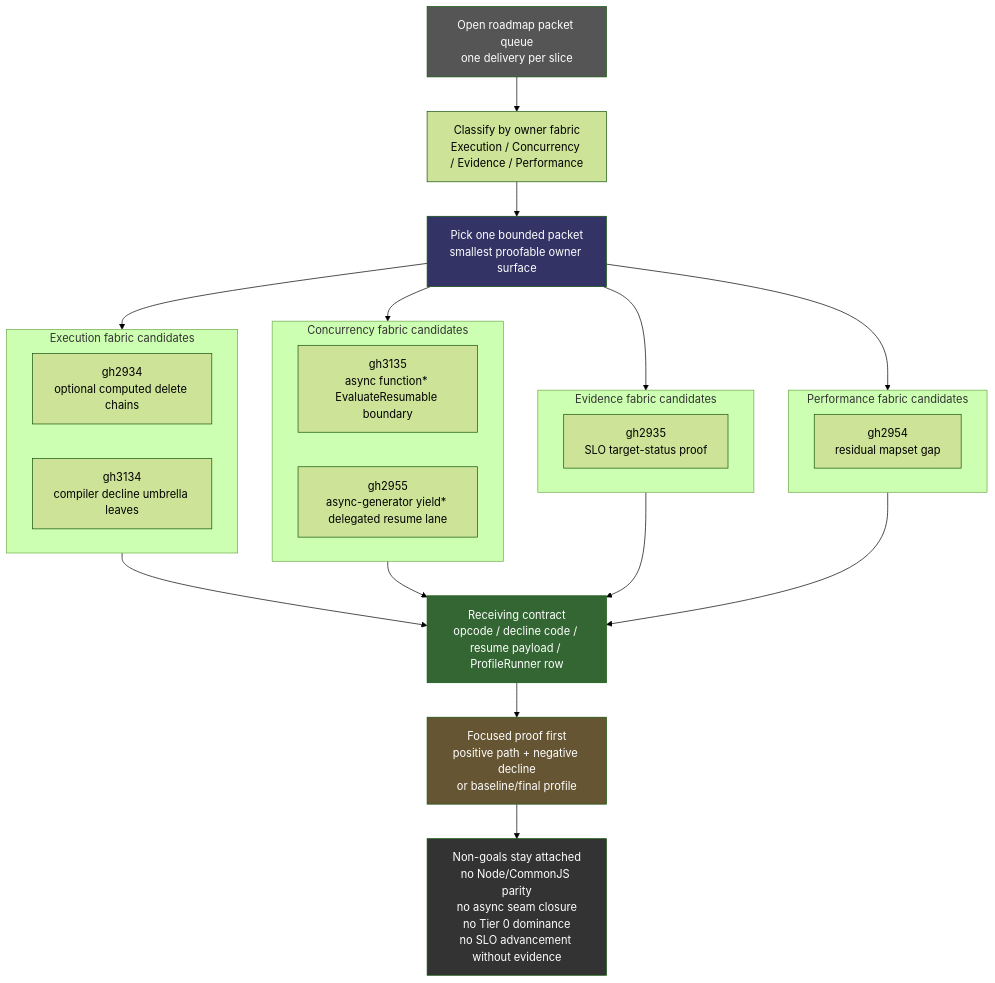
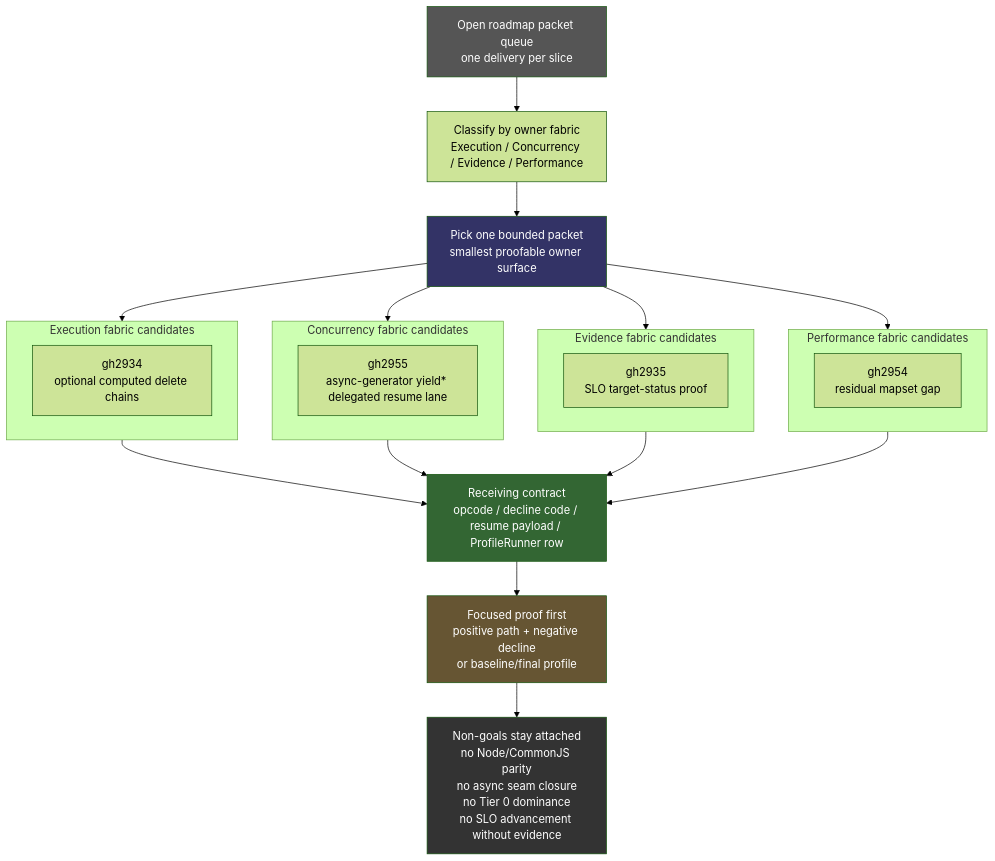
Before and after one commit to asynkron/Asynkron.JsEngine: diagram 35 of 37 in docs/dreaming.md, drawn with Mermaid (forest theme). The commit also changed other lines of this file, not shown here.

````diff
--- a/docs/dreaming.md
+++ b/docs/dreaming.md
@@ -1343,45 +1343,43 @@
 ```mermaid
 flowchart TD
     QUEUE["Open roadmap packet queue\none delivery per slice"]
     CLASSIFY["Classify by owner fabric\nExecution / Concurrency / Evidence / Performance"]
     PICK["Pick one bounded packet\nsmallest proofable owner surface"]
 
     subgraph Execution["Execution fabric candidates"]
         G2934["gh2934\noptional computed delete chains"]
-        G3134["gh3134\ncompiler decline umbrella leaves"]
     end
 
     subgraph Concurrency["Concurrency fabric candidates"]
-        G3135["gh3135\nasync function* EvaluateResumable boundary"]
         G2955["gh2955\nasync-generator yield* delegated resume lane"]
     end
 
     subgraph Evidence["Evidence fabric candidates"]
         G2935["gh2935\nSLO target-status proof"]
     end
 
     subgraph Perf["Performance fabric candidates"]
         G2954["gh2954\nresidual mapset gap"]
     end
 
     CONTRACT["Receiving contract\nopcode / decline code / resume payload / ProfileRunner row"]
     PROOF["Focused proof first\npositive path + negative decline\nor baseline/final profile"]
     NONCLAIM["Non-goals stay attached\nno Node/CommonJS parity\nno async seam closure\nno Tier 0 dominance\nno SLO advancement without evidence"]
 
     QUEUE --> CLASSIFY --> PICK
     PICK --> Execution
     PICK --> Concurrency
     PICK --> Evidence
     PICK --> Perf
     Execution --> CONTRACT
     Concurrency --> CONTRACT
     Evidence --> CONTRACT
     Perf --> CONTRACT
     CONTRACT --> PROOF --> NONCLAIM
 
     style QUEUE fill:#555,color:#fff
     style PICK fill:#336,color:#fff
     style CONTRACT fill:#363,color:#fff
     style PROOF fill:#653,color:#fff
     style NONCLAIM fill:#333,color:#fff
 ```
````
